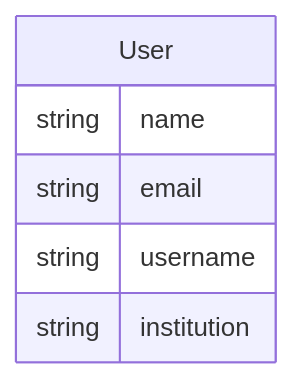
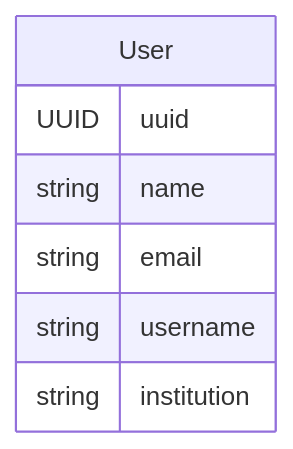
The first of 4 diagrams in docs/data_schemas/descriptors.md (mbsantiago/soundevent), drawn with Mermaid before and after one commit. The commit also changed other lines of this file and 8 other files, not shown here.

````diff
--- a/docs/data_schemas/descriptors.md
+++ b/docs/data_schemas/descriptors.md
@@ -19,9 +21,10 @@
 ```mermaid
 erDiagram
     User {
+        UUID uuid
         string name
         string email
         string username
         string institution
     }
 ```
````
